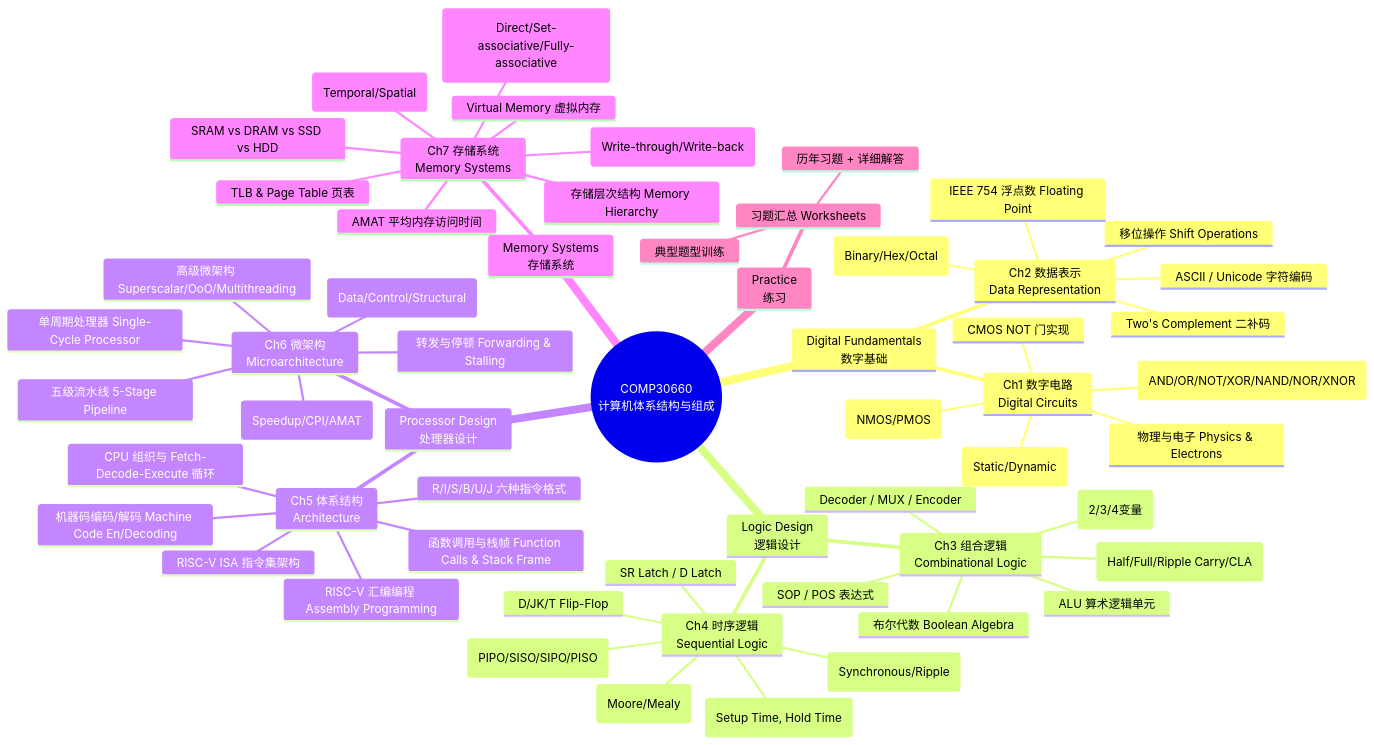
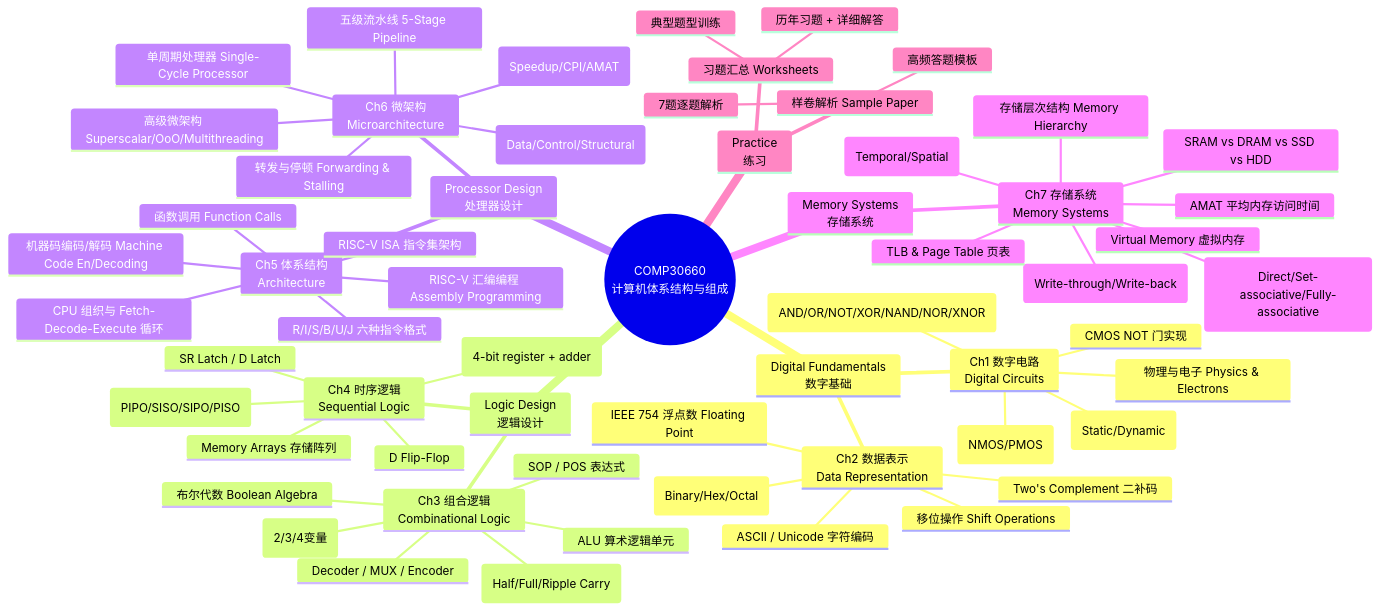
Before and after one commit to wufangxun106334-pixel/CS-: the first of 6 diagrams in COMP30660 Arch架构/00_课程总览_Overview.md, drawn with Mermaid. The commit also changed other lines of this file and 279 other files, not shown here.

````diff
--- a/COMP30660 Arch架构/00_课程总览_Overview.md
+++ b/COMP30660 Arch架构/00_课程总览_Overview.md
@@ -25,61 +26,63 @@
 ```mermaid
 mindmap
   root((COMP30660<br/>计算机体系结构与组成))
     Digital Fundamentals<br/>数字基础
       Ch1 数字电路<br/>Digital Circuits
         物理与电子 Physics & Electrons
         晶体管 Transistors (NMOS/PMOS)
         CMOS NOT 门实现
         逻辑门 Logic Gates (AND/OR/NOT/XOR/NAND/NOR/XNOR)
         功耗分析 Power (Static/Dynamic)
       Ch2 数据表示<br/>Data Representation
         进制系统 Number Systems (Binary/Hex/Octal)
         Two's Complement 二补码
         IEEE 754 浮点数 Floating Point
         ASCII / Unicode 字符编码
         移位操作 Shift Operations
     Logic Design<br/>逻辑设计
       Ch3 组合逻辑<br/>Combinational Logic
         布尔代数 Boolean Algebra
         SOP / POS 表达式
         卡诺图 K-maps (2/3/4变量)
         Decoder / MUX / Encoder
-        Adder (Half/Full/Ripple Carry/CLA)
+        Adder (Half/Full/Ripple Carry)
         ALU 算术逻辑单元
       Ch4 时序逻辑<br/>Sequential Logic
         SR Latch / D Latch
-        D/JK/T Flip-Flop
+        D Flip-Flop
         Registers (PIPO/SISO/SIPO/PISO)
-        Counters (Synchronous/Ripple)
-        FSM 有限状态机 (Moore/Mealy)
-        Timing (Setup Time, Hold Time)
+        Counters (4-bit register + adder)
+        Memory Arrays 存储阵列
     Processor Design<br/>处理器设计
       Ch5 体系结构<br/>Architecture
         RISC-V ISA 指令集架构
         RISC-V 汇编编程 Assembly Programming
         CPU 组织与 Fetch-Decode-Execute 循环
         机器码编码/解码 Machine Code En/Decoding
-        函数调用与栈帧 Function Calls & Stack Frame
+        函数调用 Function Calls
         R/I/S/B/U/J 六种指令格式
       Ch6 微架构<br/>Microarchitecture
         单周期处理器 Single-Cycle Processor
         五级流水线 5-Stage Pipeline
         流水线冒险 Hazards (Data/Control/Structural)
         转发与停顿 Forwarding & Stalling
         性能分析 Performance (Speedup/CPI/AMAT)
         高级微架构 Superscalar/OoO/Multithreading
     Memory Systems<br/>存储系统
       Ch7 存储系统<br/>Memory Systems
         存储层次结构 Memory Hierarchy
         SRAM vs DRAM vs SSD vs HDD
         局部性原理 Locality (Temporal/Spatial)
         Cache 组织结构 (Direct/Set-associative/Fully-associative)
         写策略 Write Policies (Write-through/Write-back)
         Virtual Memory 虚拟内存
         TLB & Page Table 页表
         AMAT 平均内存访问时间
     Practice<br/>练习
       习题汇总 Worksheets
         历年习题 + 详细解答
         典型题型训练
+      样卷解析 Sample Paper
+        7题逐题解析
+        高频答题模板
 ```
````
